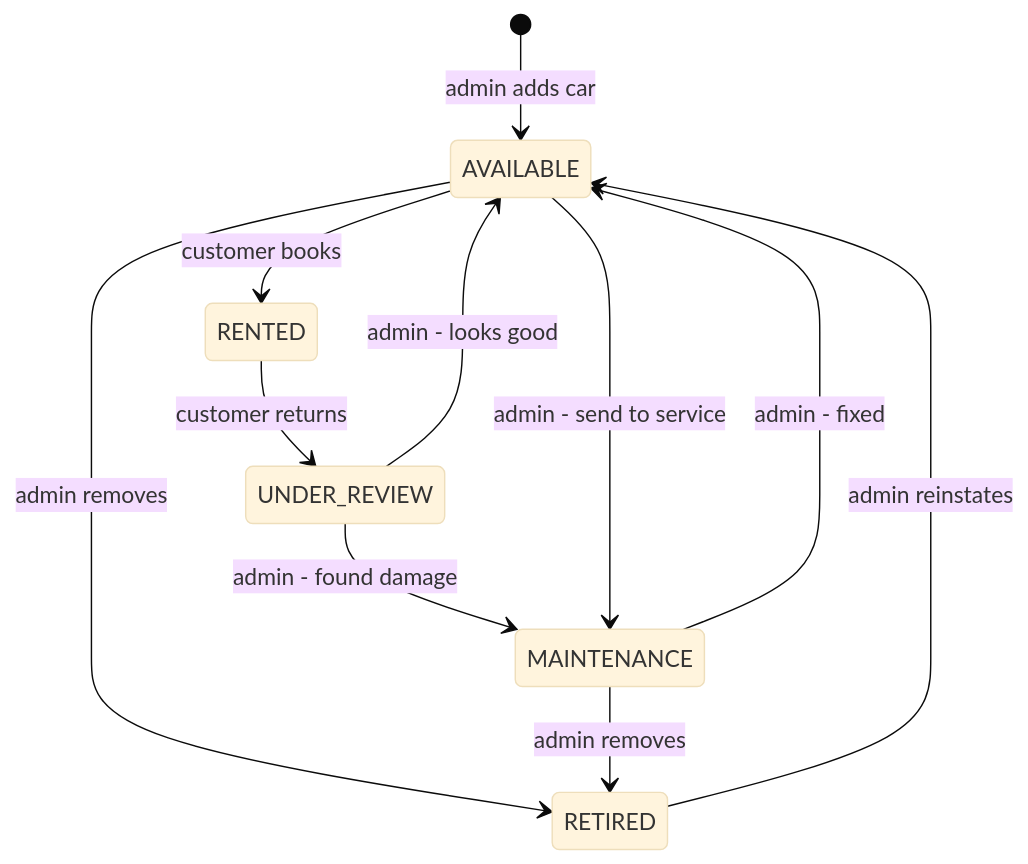
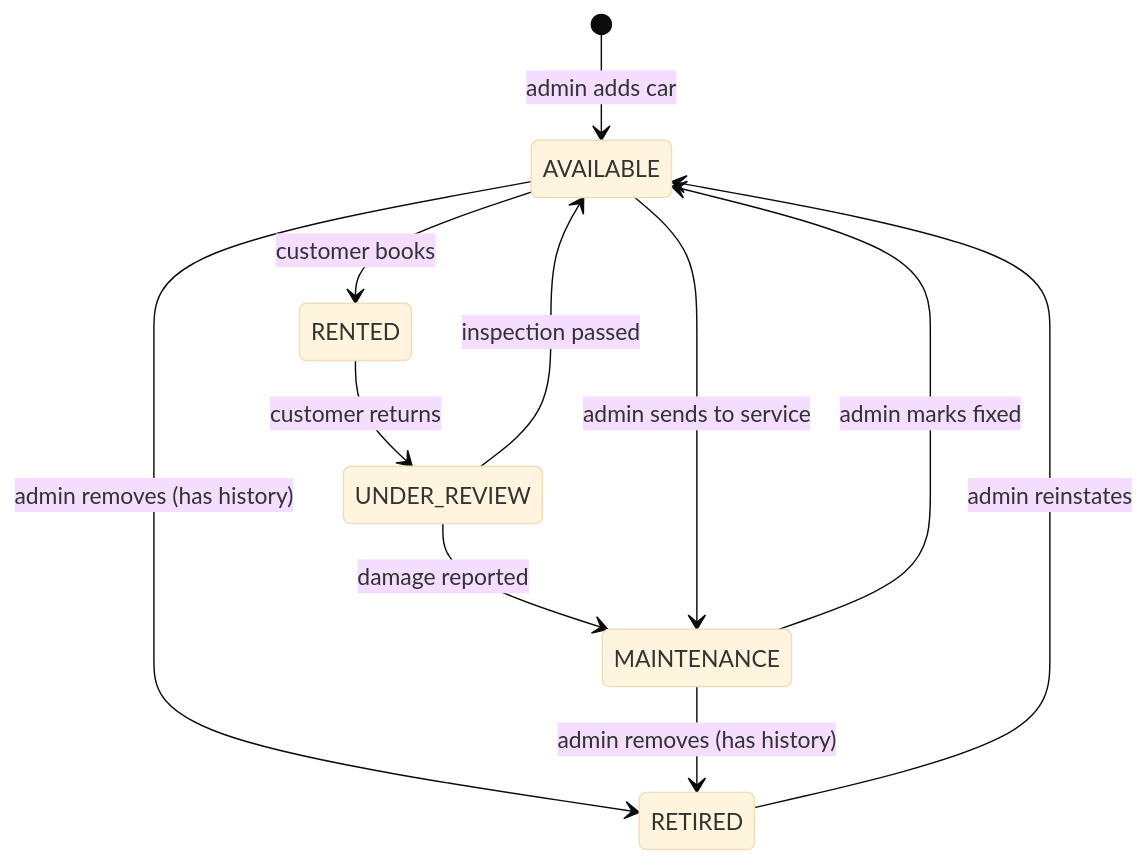
One commit to siddharthpaul2005/vehicle-renting-system changed the third of 5 diagrams in README.md. Above: the diagram before and after it, drawn with Mermaid (base theme). The commit also changed other lines of this file and 5 other files, not shown here.

````diff
--- a/README.md
+++ b/README.md
@@ -73,13 +243,13 @@
 ```mermaid
 stateDiagram-v2
     [*] --> AVAILABLE : admin adds car
     AVAILABLE --> RENTED : customer books
     RENTED --> UNDER_REVIEW : customer returns
-    UNDER_REVIEW --> AVAILABLE : admin - looks good
-    UNDER_REVIEW --> MAINTENANCE : admin - found damage
-    AVAILABLE --> MAINTENANCE : admin - send to service
-    MAINTENANCE --> AVAILABLE : admin - fixed
-    AVAILABLE --> RETIRED : admin removes
-    MAINTENANCE --> RETIRED : admin removes
+    UNDER_REVIEW --> AVAILABLE : inspection passed
+    UNDER_REVIEW --> MAINTENANCE : damage reported
+    AVAILABLE --> MAINTENANCE : admin sends to service
+    MAINTENANCE --> AVAILABLE : admin marks fixed
+    AVAILABLE --> RETIRED : admin removes (has history)
+    MAINTENANCE --> RETIRED : admin removes (has history)
     RETIRED --> AVAILABLE : admin reinstates
 ```
````
